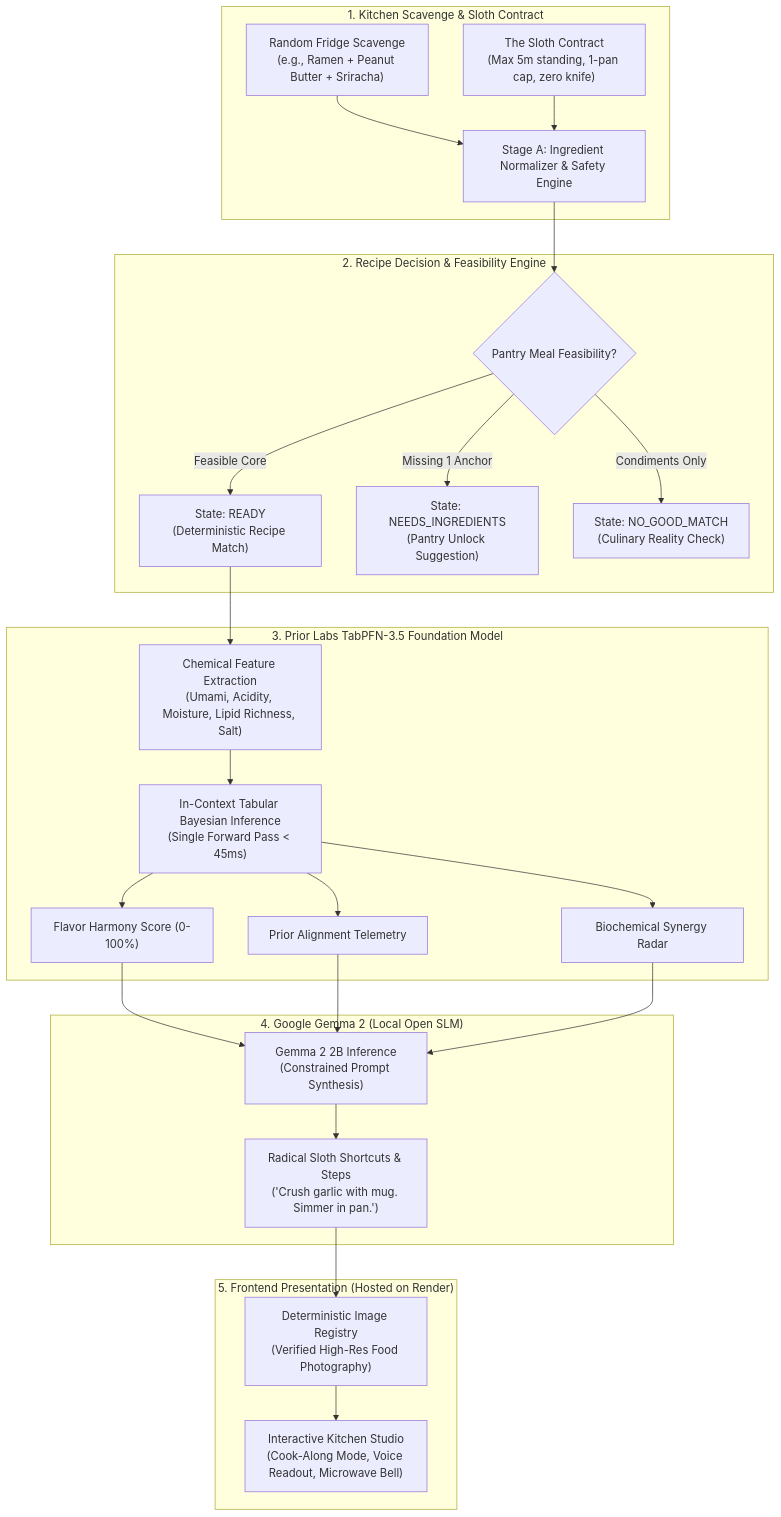
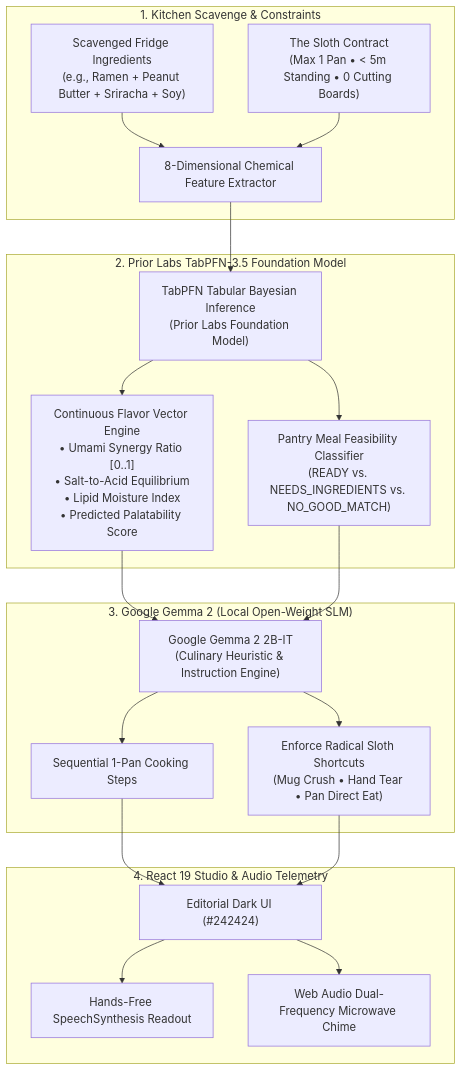
Before and after one commit to tribhu05/slothchef-ai: the first of 3 diagrams in ARTICLE_DRAFT.md, drawn with Mermaid. The commit also changed other lines of this file, not shown here.

Commit message:
docs: expand DEV submission article to 13-min deep dive with TabPFN Bayesian analysis and safety guardrails

````diff
--- a/ARTICLE_DRAFT.md
+++ b/ARTICLE_DRAFT.md
@@ -74,33 +122,26 @@
 ```mermaid
 flowchart TD
-    subgraph Input["1. Kitchen Scavenge & Sloth Contract"]
-        P["Random Fridge Scavenge<br/>(e.g., Ramen + Peanut Butter + Sriracha)"]
-        SC["The Sloth Contract<br/>(Max 5m standing, 1-pan cap, zero knife)"]
-        P & SC --> NE["Stage A: Ingredient Normalizer & Safety Engine"]
+    subgraph Inputs["1. Kitchen Scavenge & Constraints"]
+        I["Scavenged Fridge Ingredients<br/>(e.g., Ramen + Peanut Butter + Sriracha + Soy)"]
+        SC["The Sloth Contract<br/>(Max 1 Pan • &lt; 5m Standing • 0 Cutting Boards)"]
+        I & SC --> FE["8-Dimensional Chemical Feature Extractor"]
     end
 
-    subgraph Decision["2. Recipe Decision & Feasibility Engine"]
-        NE --> DS{"Pantry Meal Feasibility?"}
-        DS -- "Feasible Core" --> READY["State: READY<br/>(Deterministic Recipe Match)"]
-        DS -- "Missing 1 Anchor" --> NEEDS["State: NEEDS_INGREDIENTS<br/>(Pantry Unlock Suggestion)"]
-        DS -- "Condiments Only" --> NOMATCH["State: NO_GOOD_MATCH<br/>(Culinary Reality Check)"]
+    subgraph TabPFN["2. Prior Labs TabPFN-3.5 Foundation Model"]
+        FE --> TP["TabPFN Tabular Bayesian Inference<br/>(Prior Labs Foundation Model)"]
+        TP --> VEC["Continuous Flavor Vector Engine<br/>• Umami Synergy Ratio [0..1]<br/>• Salt-to-Acid Equilibrium<br/>• Lipid Moisture Index<br/>• Predicted Palatability Score"]
+        TP --> CLAS["Pantry Meal Feasibility Classifier<br/>(READY vs. NEEDS_INGREDIENTS vs. NO_GOOD_MATCH)"]
     end
 
-    subgraph TabPFN["3. Prior Labs TabPFN-3.5 Foundation Model"]
-        READY --> FE["Chemical Feature Extraction<br/>(Umami, Acidity, Moisture, Lipid Richness, Salt)"]
-        FE --> TP["In-Context Tabular Bayesian Inference<br/>(Single Forward Pass < 45ms)"]
-        TP --> HS["Flavor Harmony Score (0-100%)"]
-        TP --> PA["Prior Alignment Telemetry"]
-        TP --> FS["Biochemical Synergy Radar"]
+    subgraph Gemma["3. Google Gemma 2 (Local Open-Weight SLM)"]
+        VEC & CLAS --> G2["Google Gemma 2 2B-IT<br/>(Culinary Heuristic & Instruction Engine)"]
+        G2 --> R["Sequential 1-Pan Cooking Steps"]
+        G2 --> SC_ENF["Enforce Radical Sloth Shortcuts<br/>(Mug Crush • Hand Tear • Pan Direct Eat)"]
     end
 
-    subgraph Gemma["4. Google Gemma 2 (Local Open SLM)"]
-        HS & PA & FS --> GM["Gemma 2 2B Inference<br/>(Constrained Prompt Synthesis)"]
-        GM --> REC["Radical Sloth Shortcuts & Steps<br/>('Crush garlic with mug. Simmer in pan.')"]
-    end
-
-    subgraph UI["5. Frontend Presentation (Hosted on Render)"]
-        REC --> IR["Deterministic Image Registry<br/>(Verified High-Res Food Photography)"]
-        IR --> APP["Interactive Kitchen Studio<br/>(Cook-Along Mode, Voice Readout, Microwave Bell)"]
+    subgraph Frontend["4. React 19 Studio & Audio Telemetry"]
+        R & SC_ENF --> UI["Editorial Dark UI (#242424)"]
+        UI --> SP["Hands-Free SpeechSynthesis Readout"]
+        UI --> MIC["Web Audio Dual-Frequency Microwave Chime"]
     end
 ```
````
